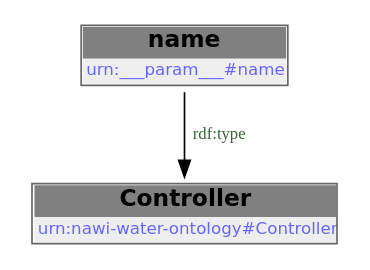
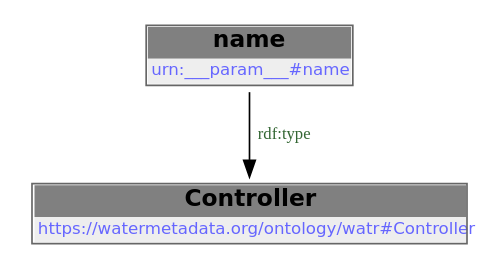
One commit to DataDrivenCPS/water-ontology changed the first of 2 diagrams in docs/libraries/templates/controller.rst. Above: the diagram before and after it, drawn with Graphviz. The commit also changed other lines of this file and 43 other files, not shown here.

First line of the commit message:
feat: move ontology to https://watermetadata.org base URI

```diff
--- a/docs/libraries/templates/controller.rst
+++ b/docs/libraries/templates/controller.rst
@@ -51,8 +51,8 @@
         .. graphviz::
 
                 digraph G {
             node [fontname="DejaVu Sans"];
             node0 -> node1 [color=BLACK, label=< <font point-size='10' color='#336633'>rdf:type</font> >];
             node0 [shape=none, color=black, label=< <table color='#666666' cellborder='0' cellspacing='0' border='1'><tr><td colspan='2' bgcolor='grey'><B>name</B></td></tr><tr><td href='urn:___param___#name' bgcolor='#eeeeee' colspan='2'><font point-size='10' color='#6666ff'>urn:___param___#name</font></td></tr></table> >];
-            node1 [shape=none, color=black, label=< <table color='#666666' cellborder='0' cellspacing='0' border='1'><tr><td colspan='2' bgcolor='grey'><B>Controller</B></td></tr><tr><td href='urn:nawi-water-ontology#Controller' bgcolor='#eeeeee' colspan='2'><font point-size='10' color='#6666ff'>urn:nawi-water-ontology#Controller</font></td></tr></table> >];
+            node1 [shape=none, color=black, label=< <table color='#666666' cellborder='0' cellspacing='0' border='1'><tr><td colspan='2' bgcolor='grey'><B>Controller</B></td></tr><tr><td href='https://watermetadata.org/ontology/watr#Controller' bgcolor='#eeeeee' colspan='2'><font point-size='10' color='#6666ff'>https://watermetadata.org/ontology/watr#Controller</font></td></tr></table> >];
             }
```
